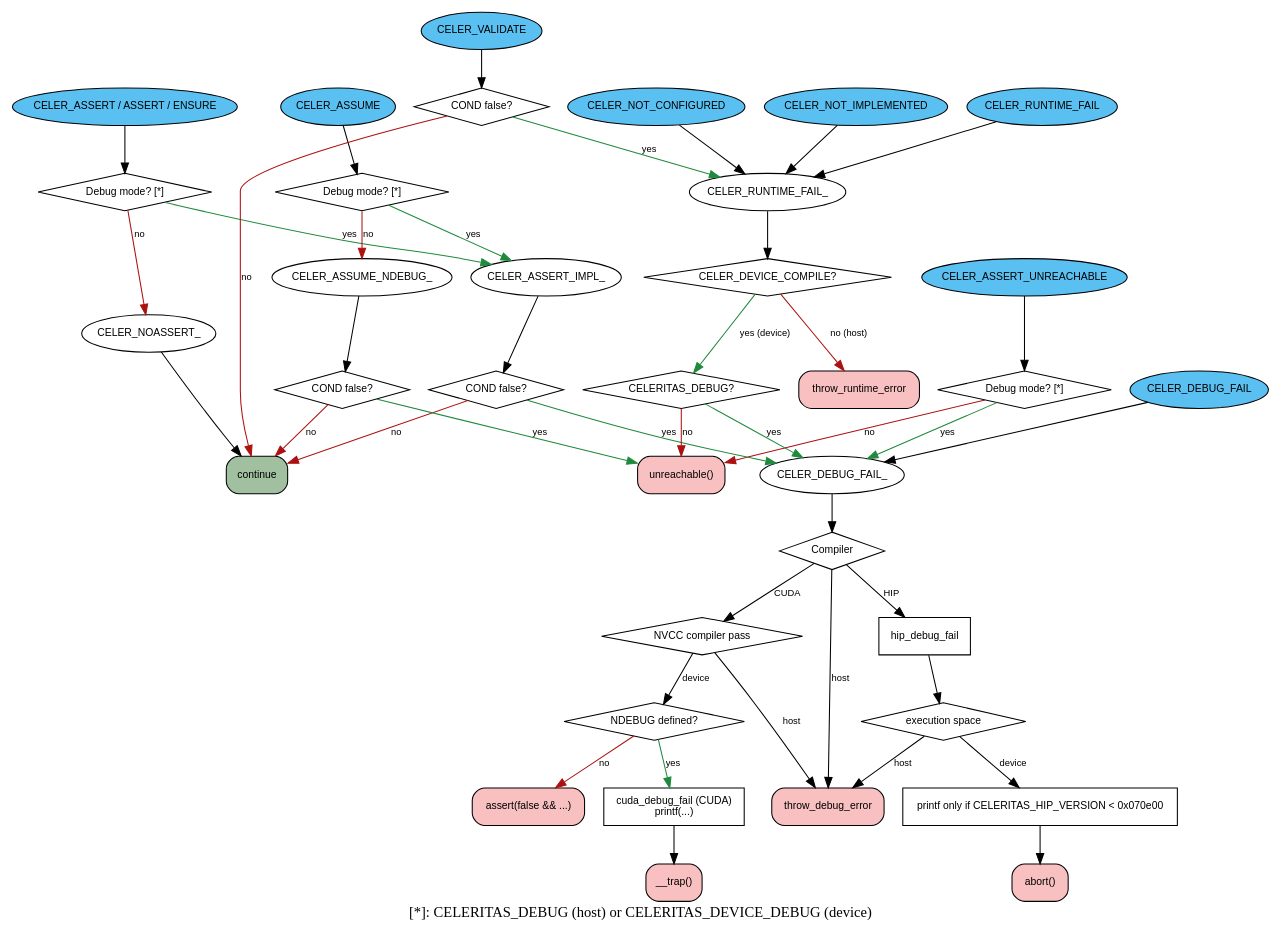
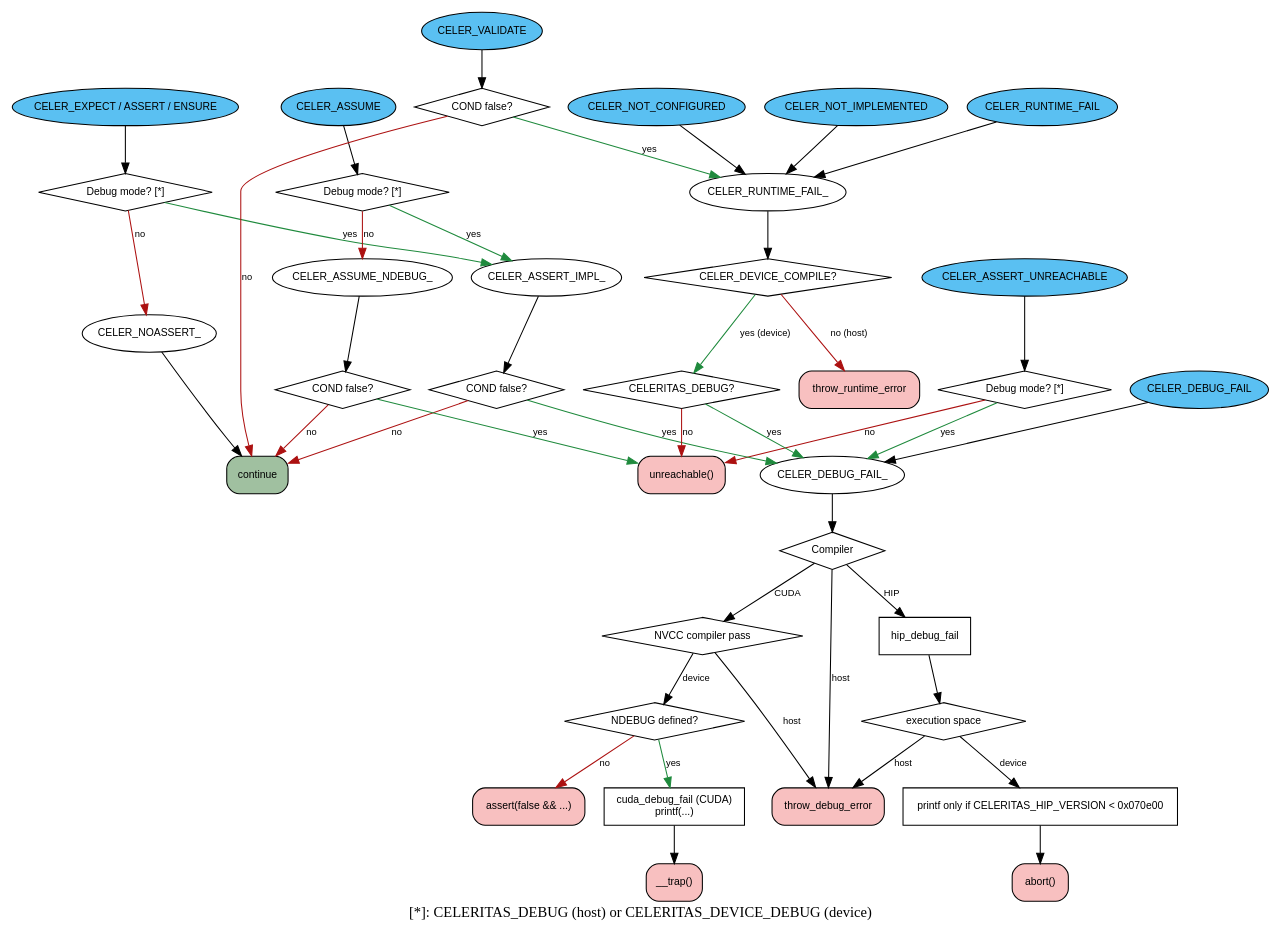
Before and after one commit to celeritas-project/celeritas: the diagram in doc/_input/assert.dot, drawn with Graphviz.

Commit message:
Update dot

```diff
--- a/doc/_input/assert.dot
+++ b/doc/_input/assert.dot
@@ -1,125 +1,125 @@
 digraph assertions {
     rankdir=TB;
     labelloc=b;
     label="[*]: CELERITAS_DEBUG (host) or CELERITAS_DEVICE_DEBUG (device)";
     node [shape=box, fontname="Helvetica", fontsize=10];
     edge [fontname="Helvetica", fontsize=9];
 
-    // ---------------- Entry macros ----------------
+    // ---------------- Public API macros ----------------
     subgraph {
         node [shape=oval, style="rounded,filled", fillcolor="#5ac0f2"];
         // label="Public macros"; style=dashed;
-        ASSERT   [label="CELER_ASSERT / ASSERT / ENSURE"];
+        ASSERT   [label="CELER_EXPECT / ASSERT / ENSURE"];
         ASSUME   [label="CELER_ASSUME"];
         AUNREACH [label="CELER_ASSERT_UNREACHABLE"];
         DFAIL    [label="CELER_DEBUG_FAIL"];
         VALIDATE [label="CELER_VALIDATE"];
         NOTCONF  [label="CELER_NOT_CONFIGURED"];
         NOTIMPL  [label="CELER_NOT_IMPLEMENTED"];
         RFAIL    [label="CELER_RUNTIME_FAIL"];
     }
 
-    // ---------------- Terminal ("stop") nodes ----------------
+    // ---------------- Terminal nodes ----------------
     subgraph {
         node [shape=box, style="rounded,filled", fillcolor="#f8c0c0"];
         THROW_DBG [label="throw_debug_error"];
         THROW_RT  [label="throw_runtime_error"];
         ASSERT_STOP [label="assert(false && ...)"];
         TRAP  [label="__trap()"];
         ABORT [label="abort()"];
         UNREACH_FN [label="unreachable()"];
         CONTINUE [label="continue", fillcolor="#a0c0a0"];
     }
 
 
     // ---------------- Internal macros ----------------
     subgraph {
         node [shape=oval, style="rounded"];
         IMPL [label="CELER_ASSERT_IMPL_"];
         NOASSERT_ [label="CELER_NOASSERT_"];
         ASSUME_NDEBUG [label="CELER_ASSUME_NDEBUG_"];
         DFAIL_ [label="CELER_DEBUG_FAIL_"];
         RFAIL_ [label="CELER_RUNTIME_FAIL_"];
     }
 
 
     // ---------------- Debug-enabled switch ----------------
     ASSERT_DBG [label="Debug mode? [*]", shape=diamond];
     ASSUME_DBG [label="Debug mode? [*]", shape=diamond];
     AUNREACH_DBG [label="Debug mode? [*]", shape=diamond];
 
     IMPL_COND [label="COND false?", shape=diamond];
     IMPL_COND [label="COND false?", shape=diamond];
     ASSUME_COND [label="COND false?", shape=diamond];
 
     ASSERT -> ASSERT_DBG;
     ASSUME -> ASSUME_DBG;
     AUNREACH -> AUNREACH_DBG;
 
     ASSERT_DBG -> NOASSERT_ [color="#ac1111", label="no"];
     ASSERT_DBG -> IMPL [color="#1f8a3d", label="yes"];
     ASSUME_DBG -> ASSUME_NDEBUG [color="#ac1111", label="no"];
     ASSUME_DBG -> IMPL [color="#1f8a3d", label="yes"];
     AUNREACH_DBG -> UNREACH_FN [color="#ac1111", label="no"];
     AUNREACH_DBG -> DFAIL_ [color="#1f8a3d", label="yes"];
 
     IMPL -> IMPL_COND;
     IMPL_COND -> DFAIL_ [color="#1f8a3d", label="yes"];
     IMPL_COND -> CONTINUE [color="#ac1111", label="no"];
     ASSUME_NDEBUG -> ASSUME_COND;
     ASSUME_COND -> UNREACH_FN [color="#1f8a3d", label="yes"];
     ASSUME_COND -> CONTINUE [color="#ac1111", label="no"];
 
     NOASSERT_ -> CONTINUE
 
     // ---------------- Debug failure dispatch ----------------
     CUDA_DF [label="cuda_debug_fail (CUDA)\nprintf(...)"];
     HIP_DF [label="hip_debug_fail"];
     HIP_DEV [label="printf only if CELERITAS_HIP_VERSION < 0x070e00"];
 
     PLAT [label="Compiler", shape=diamond];
     NVCC_PASS [label="NVCC compiler pass", shape=diamond];
     CUDA_NDBG [label="NDEBUG defined?", shape=diamond];
     HIP_COMP [label="execution space", shape=diamond];
 
     DFAIL -> DFAIL_;
     // DFAIL_ -> UNREACH_FN [label="(CELER_DEBUG_FAIL only)\nif it returns", style=dotted];
 
     DFAIL_ -> PLAT;
 
     PLAT -> NVCC_PASS [label="CUDA"];
     PLAT -> THROW_DBG [label="host"];
     PLAT -> HIP_DF  [label="HIP"];
 
     NVCC_PASS -> CUDA_NDBG [label="device"];
     NVCC_PASS -> THROW_DBG [label="host"];
 
     CUDA_NDBG -> ASSERT_STOP [color="#ac1111", label="no"];
     CUDA_NDBG -> CUDA_DF [color="#1f8a3d", label="yes"];
 
     CUDA_DF -> TRAP;
 
     HIP_DF -> HIP_COMP
     HIP_COMP -> THROW_DBG [label="host"];
     HIP_COMP -> HIP_DEV  [label="device"];
     HIP_DEV -> ABORT;
 
     // ---------------- Runtime failure dispatch ----------------
     RDEV [label="CELER_DEVICE_COMPILE?", shape=diamond];
     RDEV_DBG [label="CELERITAS_DEBUG?", shape=diamond];
     VAL_COND [label="COND false?", shape=diamond];
 
     VALIDATE -> VAL_COND
     VAL_COND -> RFAIL_ [color="#1f8a3d", label="yes"];
     VAL_COND -> CONTINUE [color="#ac1111", label="no"];
 
     NOTCONF -> RFAIL_;
     NOTIMPL -> RFAIL_;
     RFAIL -> RFAIL_;
 
     RFAIL_ -> RDEV;
     RDEV -> THROW_RT [color="#ac1111", label="no (host)"];
     RDEV -> RDEV_DBG [color="#1f8a3d", label="yes (device)"];
     RDEV_DBG -> DFAIL_ [color="#1f8a3d", label="yes"];
     RDEV_DBG -> UNREACH_FN [color="#ac1111", label="no"];
 }
```
